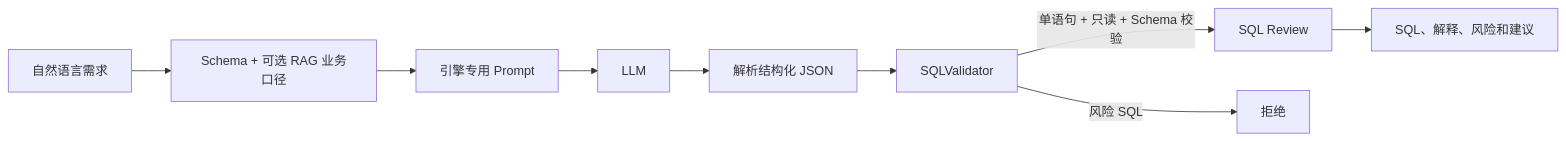
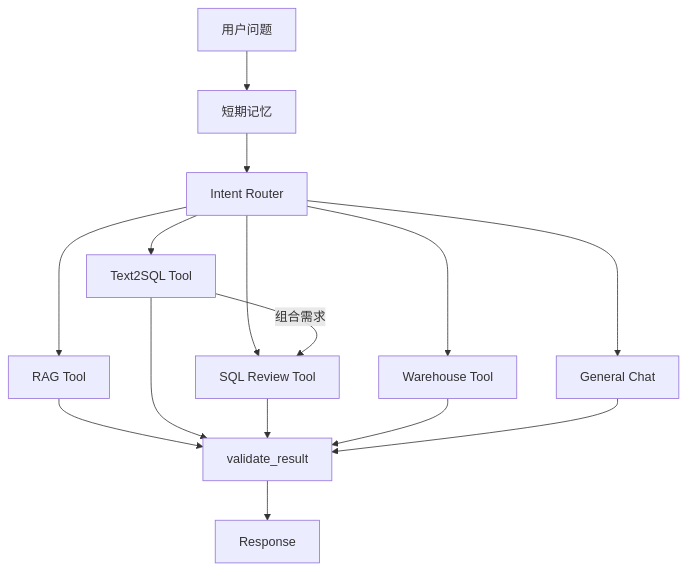
Before and after one commit to plutoczm/DataCopilot: the seventh of 8 diagrams in docs/ARCHITECTURE.md, drawn with Mermaid. The commit also changed other lines of this file, not shown here.

Commit message:
docs: align architecture with governed execution boundary

````diff
--- a/docs/ARCHITECTURE.md
+++ b/docs/ARCHITECTURE.md
@@ -144,11 +186,17 @@
 ```mermaid
-flowchart LR
-    NL[自然语言需求] --> Context[Schema + 可选 RAG 业务口径]
-    Context --> Prompt[引擎专用 Prompt]
-    Prompt --> LLM[LLM]
-    LLM --> Parse[解析结构化 JSON]
-    Parse --> Guard[SQLValidator]
-    Guard -->|单语句 + 只读 + Schema 校验| Review[SQL Review]
-    Guard -->|风险 SQL| Reject[拒绝]
-    Review --> Result[SQL、解释、风险和建议]
+flowchart TD
+    Query[用户问题] --> Memory[短期记忆]
+    Memory --> Classify[Intent Router]
+    Classify --> RAGTool[RAG Tool]
+    Classify --> SQLTool[Text2SQL Tool]
+    Classify --> ReviewTool[SQL Review Tool]
+    Classify --> WarehouseTool[Warehouse Tool]
+    Classify --> Chat[General Chat]
+    SQLTool -->|组合需求| ReviewTool
+    RAGTool --> Validate[validate_result]
+    SQLTool --> Validate
+    ReviewTool --> Validate
+    WarehouseTool --> Validate
+    Chat --> Validate
+    Validate --> Format[Response]
 ```
````
